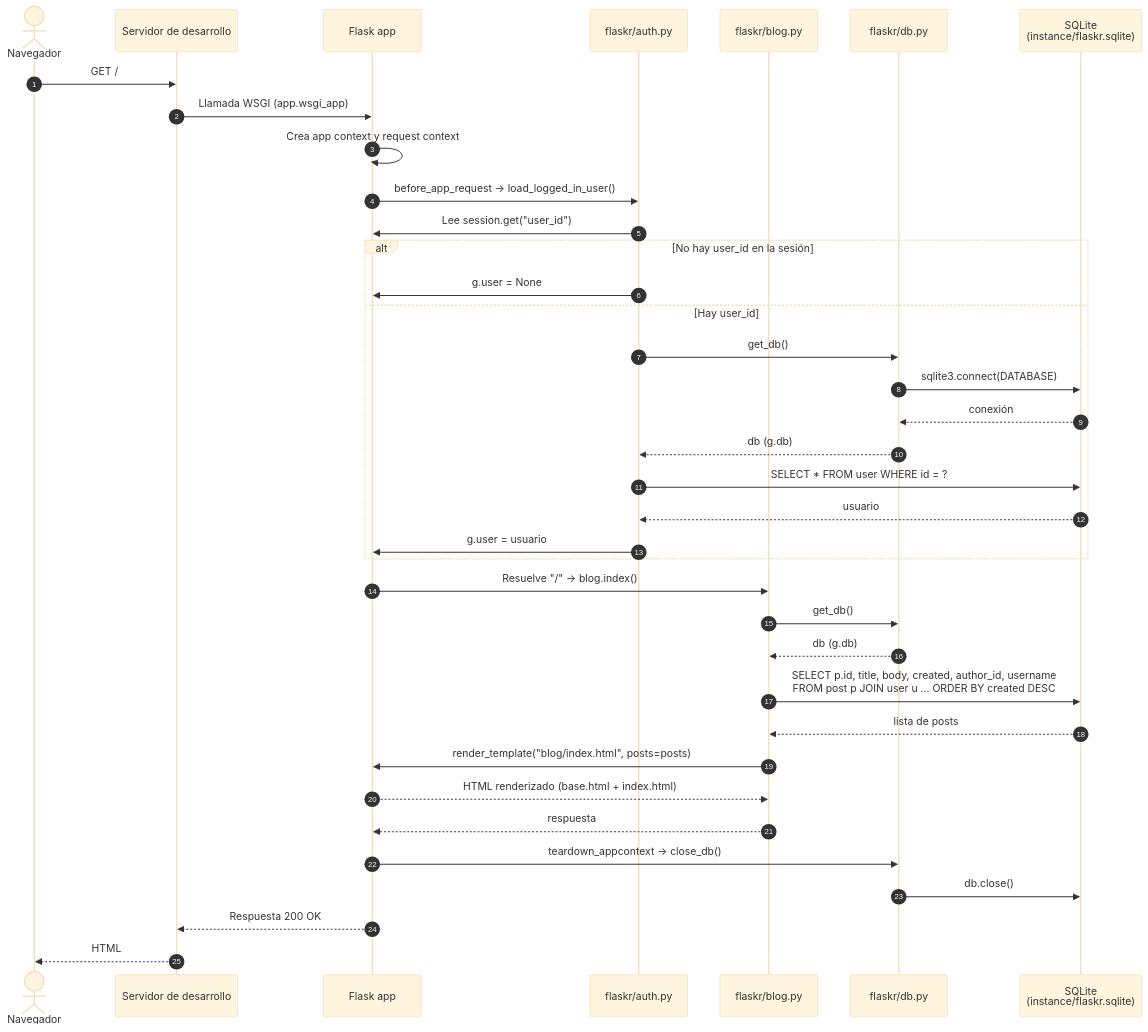
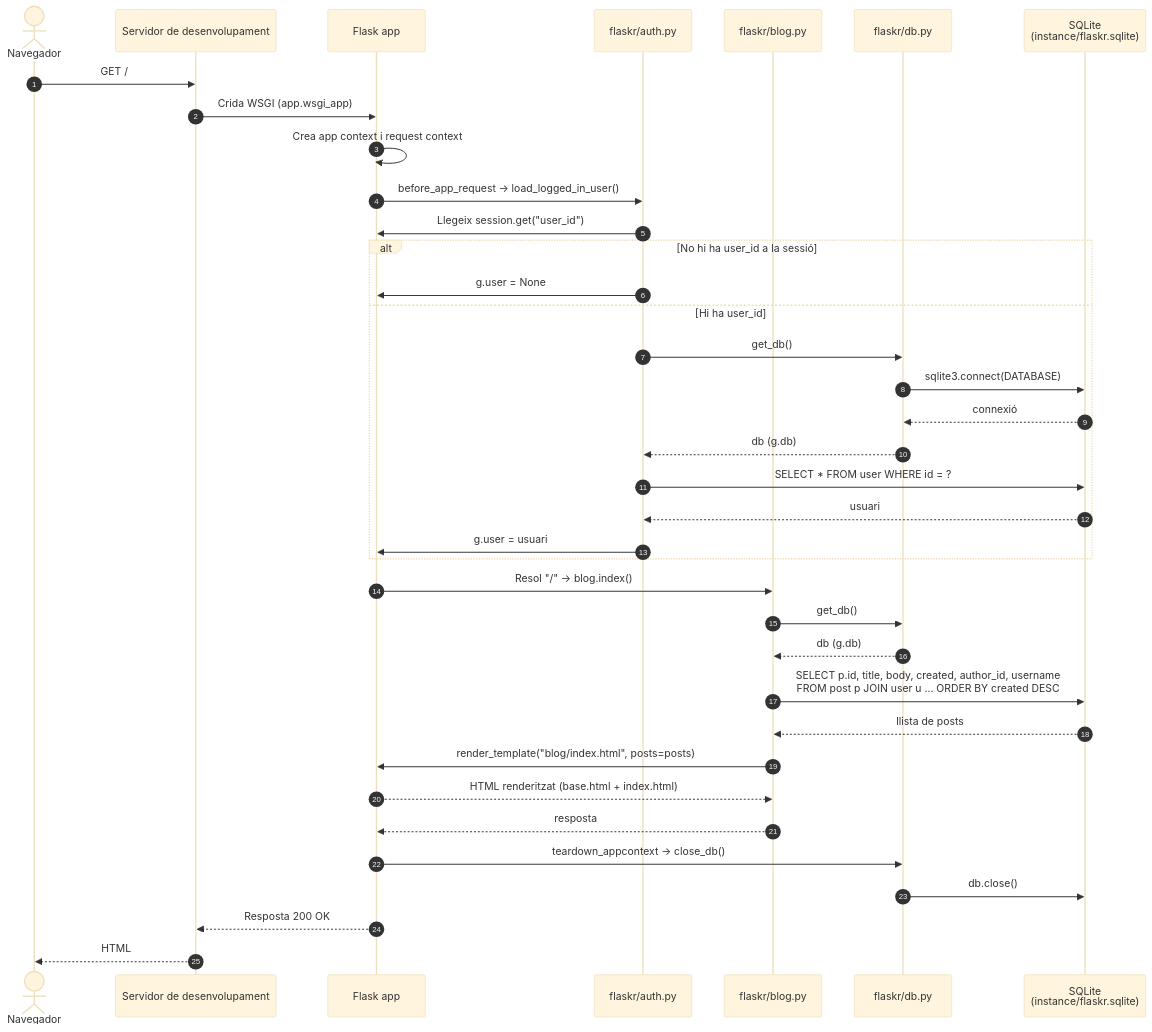
The fourth of 4 diagrams in doc/diagcomponents.md (MDC208/BlogFlaskTutorial), drawn with Mermaid (base theme) before and after one commit. The commit also changed other lines of this file, not shown here.

````diff
--- a/doc/diagcomponents.md
+++ b/doc/diagcomponents.md
@@ -151,40 +151,40 @@
 ```mermaid
 sequenceDiagram
     autonumber
     actor B as Navegador
-    participant Srv as Servidor de desarrollo
+    participant Srv as Servidor de desenvolupament
     participant App as Flask app
     participant Auth as flaskr/auth.py
     participant Blog as flaskr/blog.py
     participant DB as flaskr/db.py
     participant SQL as SQLite<br/>(instance/flaskr.sqlite)
 
     B->>Srv: GET /
-    Srv->>App: Llamada WSGI (app.wsgi_app)
-    App->>App: Crea app context y request context
+    Srv->>App: Crida WSGI (app.wsgi_app)
+    App->>App: Crea app context i request context
     App->>Auth: before_app_request → load_logged_in_user()
-    Auth->>App: Lee session.get("user_id")
-    alt No hay user_id en la sesión
+    Auth->>App: Llegeix session.get("user_id")
+    alt No hi ha user_id a la sessió
         Auth->>App: g.user = None
-    else Hay user_id
+    else Hi ha user_id
         Auth->>DB: get_db()
         DB->>SQL: sqlite3.connect(DATABASE)
-        SQL-->>DB: conexión
+        SQL-->>DB: connexió
         DB-->>Auth: db (g.db)
         Auth->>SQL: SELECT * FROM user WHERE id = ?
-        SQL-->>Auth: usuario
-        Auth->>App: g.user = usuario
+        SQL-->>Auth: usuari
+        Auth->>App: g.user = usuari
     end
-    App->>Blog: Resuelve "/" → blog.index()
+    App->>Blog: Resol "/" → blog.index()
     Blog->>DB: get_db()
     DB-->>Blog: db (g.db)
     Blog->>SQL: SELECT p.id, title, body, created, author_id, username<br/>FROM post p JOIN user u ... ORDER BY created DESC
-    SQL-->>Blog: lista de posts
+    SQL-->>Blog: llista de posts
     Blog->>App: render_template("blog/index.html", posts=posts)
-    App-->>Blog: HTML renderizado (base.html + index.html)
-    Blog-->>App: respuesta
+    App-->>Blog: HTML renderitzat (base.html + index.html)
+    Blog-->>App: resposta
     App->>DB: teardown_appcontext → close_db()
     DB->>SQL: db.close()
-    App-->>Srv: Respuesta 200 OK
+    App-->>Srv: Resposta 200 OK
     Srv-->>B: HTML
 ```
````
